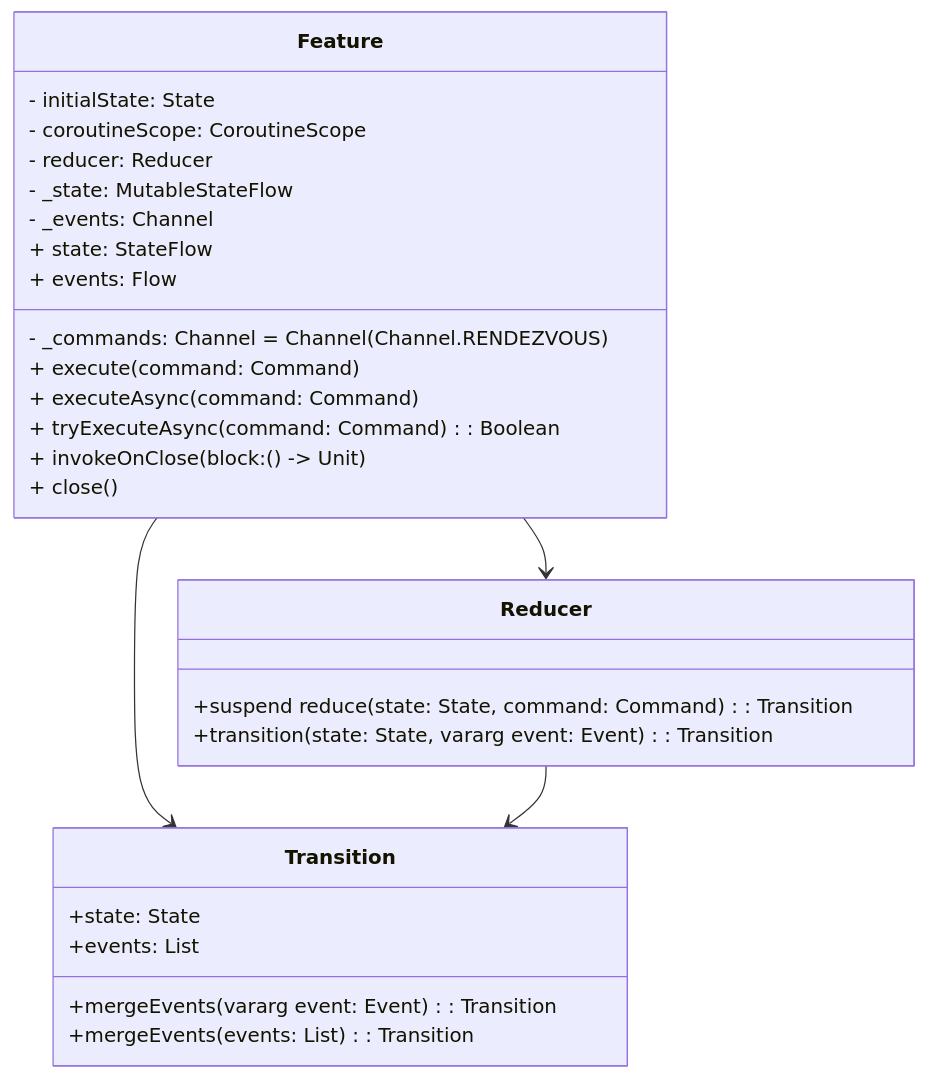
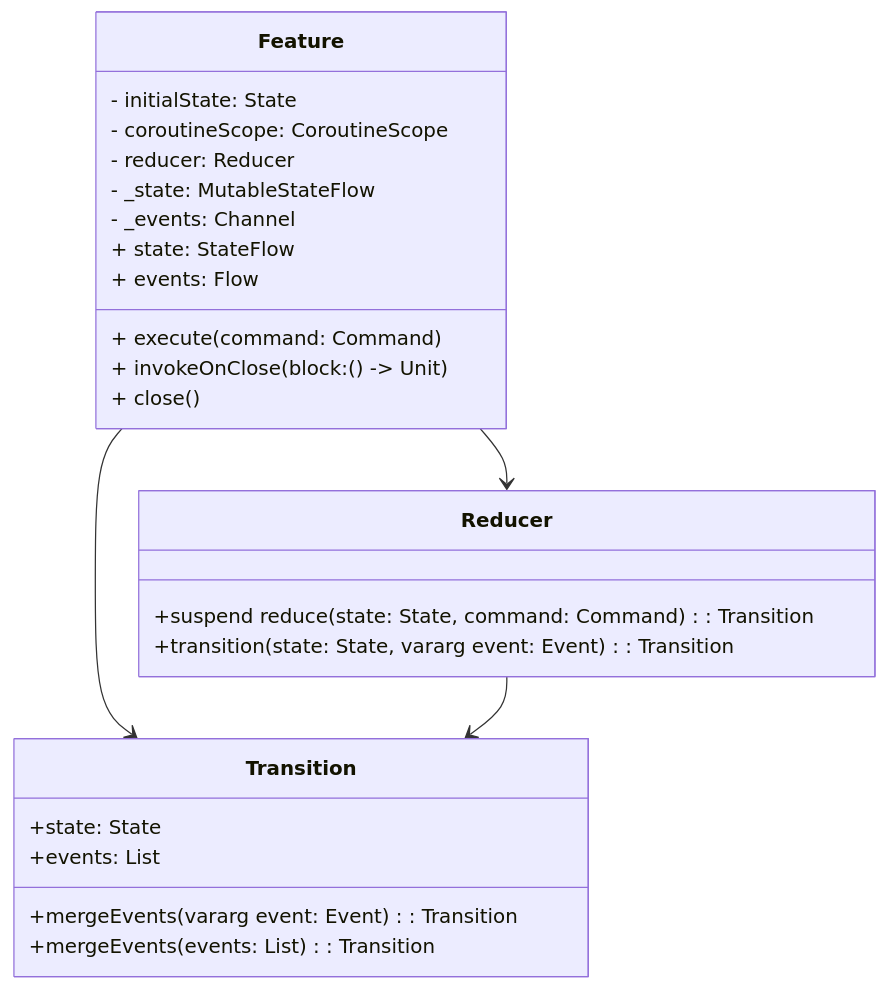
One commit to numq/reduce-and-conquer changed the first of 3 diagrams in README.md. Above: the diagram before and after it, drawn with Mermaid.

````diff
--- a/README.md
+++ b/README.md
@@ -58,32 +58,29 @@
 ```mermaid
 classDiagram
     class Feature {
         - initialState: State
         - coroutineScope: CoroutineScope
         - reducer: Reducer<Command, State, Event>
         - _state: MutableStateFlow<State>
         - _events: Channel<Event>
-        - _commands: Channel<Command> = Channel(Channel.RENDEZVOUS)
         + state: StateFlow<State>
         + events: Flow<Event>
         + execute(command: Command)
-        + executeAsync(command: Command)
-        + tryExecuteAsync(command: Command): Boolean
         + invokeOnClose(block: () -> Unit)
         + close()
     }
     class Reducer {
         +suspend reduce(state: State, command: Command): Transition<State, Event>
         +transition(state: State, vararg event: Event): Transition<State, Event>
     }
     class Transition {
         +state: State
         +events: List<Event>
         +mergeEvents(vararg event: Event): Transition<State, Event>
         +mergeEvents(events: List<Event>): Transition<State, Event>
     }
 
     Feature --> Reducer
     Feature --> Transition
     Reducer --> Transition
 ```
````
